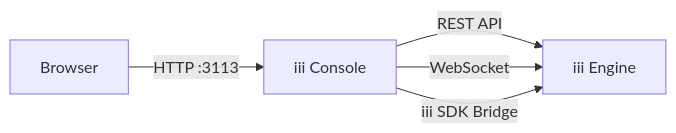
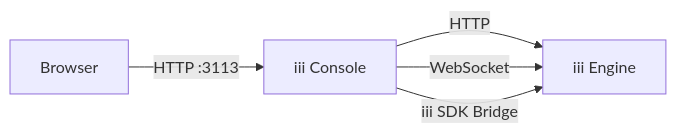
One commit to iii-hq/docs changed the diagram in content/console/index.mdx. Above: the diagram before and after it, drawn with Mermaid. The commit also changed 13 other files, not shown here.

First line of the commit message:
refactor: rename REST API to HTTP throughout docs

````diff
--- a/content/console/index.mdx
+++ b/content/console/index.mdx
@@ -8,7 +8,7 @@
 ```mermaid
 graph LR
-    C[iii Console] -->|REST API| E[iii Engine]
+    C[iii Console] -->|HTTP| E[iii Engine]
     C -->|WebSocket| E
     C -->|iii SDK Bridge| E
     B[Browser] -->|HTTP :3113| C
 ```
````
